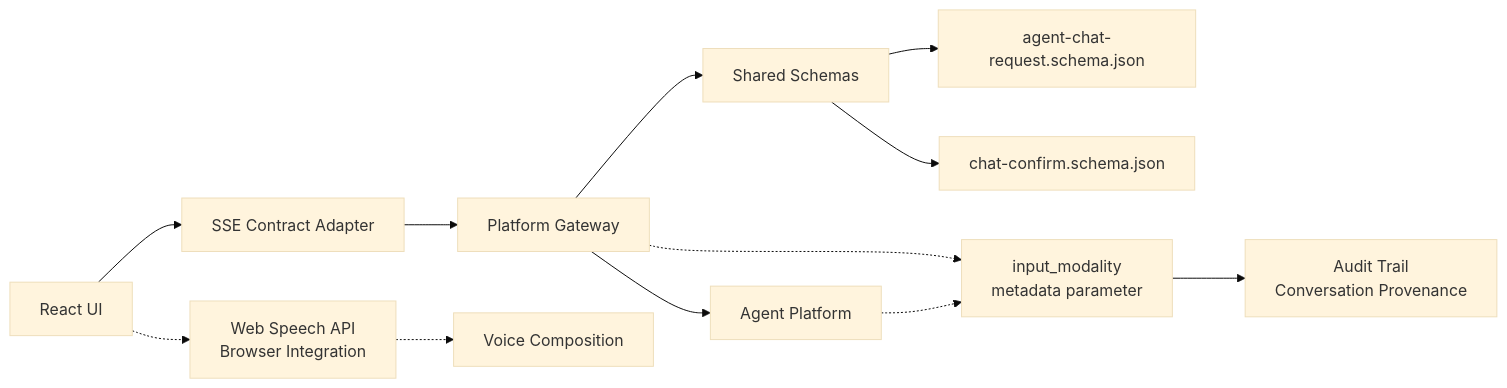
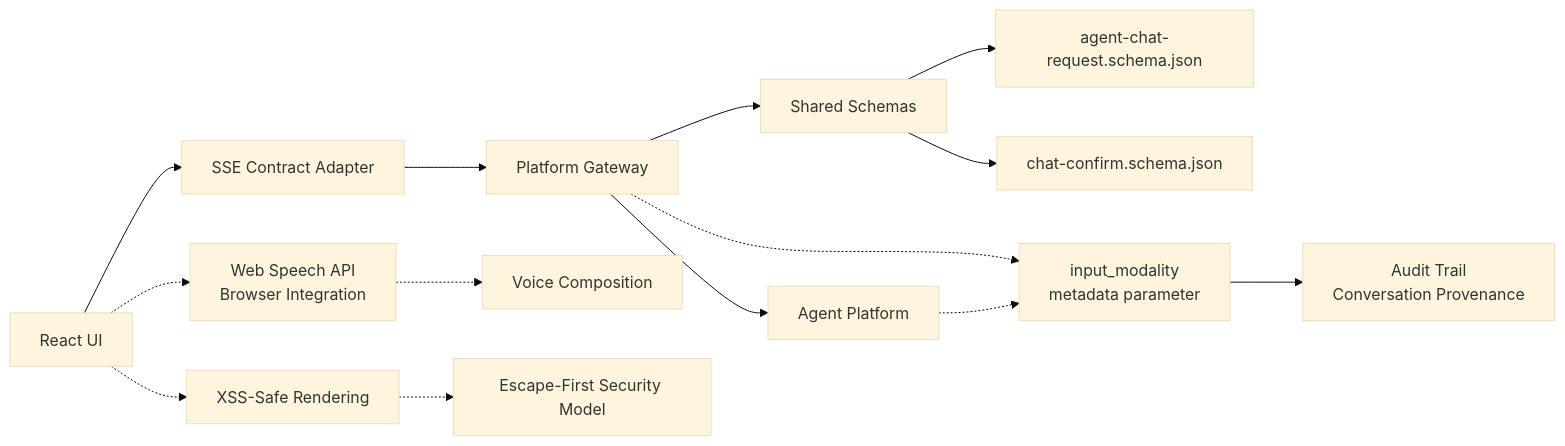
Before and after one commit to metasync/luban-aiops: the tenth of 11 diagrams in .qoder/repowiki/en/content/Architecture Documentation/SPEC-023_ Portal Framework Rebuild Specification.md, drawn with Mermaid (base theme). The commit also changed other lines of this file and 4 other files, not shown here.

````diff
--- a/.qoder/repowiki/en/content/Architecture Documentation/SPEC-023_ Portal Framework Rebuild Specification.md
+++ b/.qoder/repowiki/en/content/Architecture Documentation/SPEC-023_ Portal Framework Rebuild Specification.md
@@ -357,14 +373,16 @@
 ```mermaid
 graph LR
 UI["React UI"] --> Adapter["SSE Contract Adapter"]
 Adapter --> GW["Platform Gateway"]
 GW --> Contracts["Shared Schemas"]
 GW --> Agent["Agent Platform"]
 Contracts --> ChatReq["agent-chat-request.schema.json"]
 Contracts --> Confirm["chat-confirm.schema.json"]
 GW -.-> Modality["input_modality<br/>metadata parameter"]
 Agent -.-> Modality
 Modality --> Audit["Audit Trail<br/>Conversation Provenance"]
 UI -.-> SpeechAPI["Web Speech API<br/>Browser Integration"]
 SpeechAPI -.-> VoiceInput["Voice Composition"]
+UI -.-> Markdown["XSS-Safe Rendering"]
+Markdown -.-> Security["Escape-First Security Model"]
 ```
````
